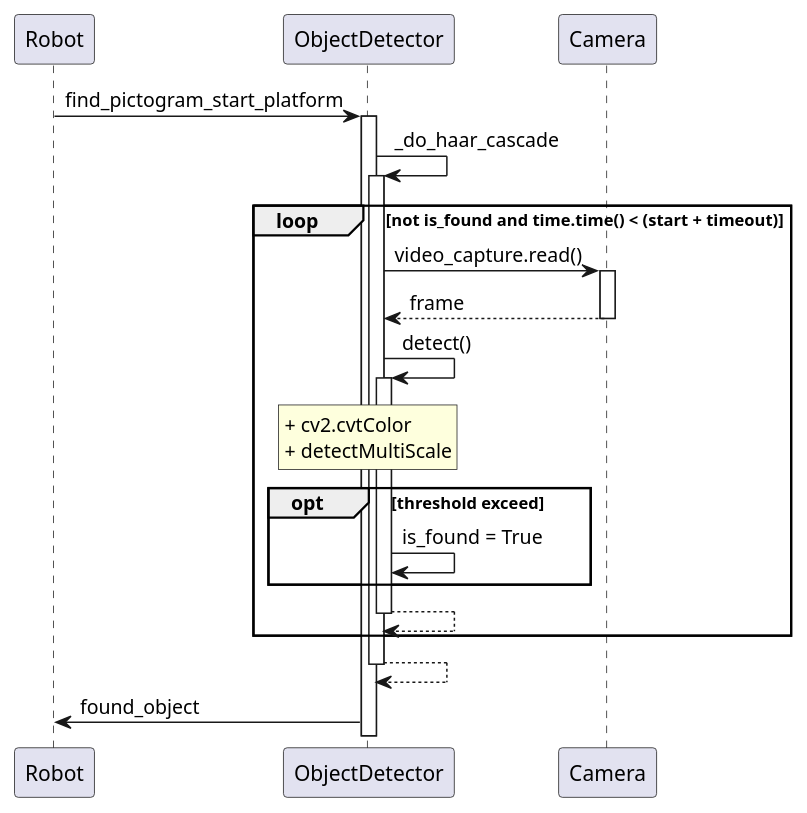
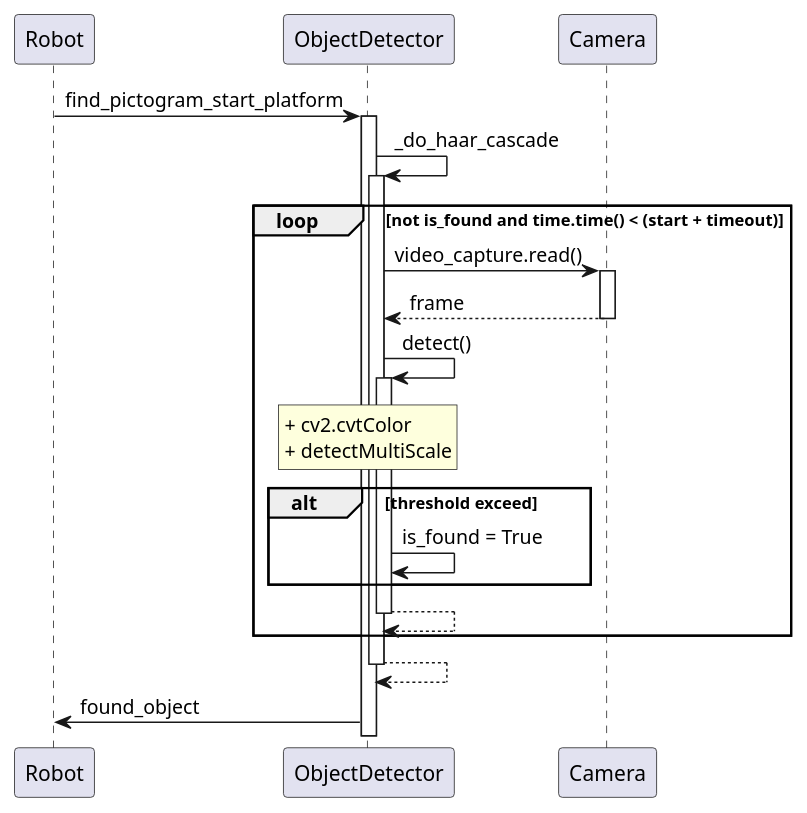
One commit to Noxrem/pren_stair_climb changed the diagram in PROD/doc/seqObjectDetector.md. Above: the diagram before and after it, drawn with PlantUML.

Commit message:
change operator

````diff
--- a/PROD/doc/seqObjectDetector.md
+++ b/PROD/doc/seqObjectDetector.md
@@ -7,19 +7,19 @@
 ```plantuml
 Robot -> ObjectDetector ++: find_pictogram_start_platform
 ObjectDetector -> ObjectDetector ++: _do_haar_cascade
     loop not is_found and time.time() < (start + timeout)
     ObjectDetector -> Camera ++: video_capture.read()
     return frame
     ObjectDetector -> ObjectDetector ++ : detect()
     rnote over ObjectDetector
         + cv2.cvtColor
         + detectMultiScale
     endrnote 
-    opt threshold exceed 
+    alt threshold exceed 
     ObjectDetector -> ObjectDetector : is_found = True
     end 
     return
     end
     return
 ObjectDetector -> Robot: found_object
 ```
````
